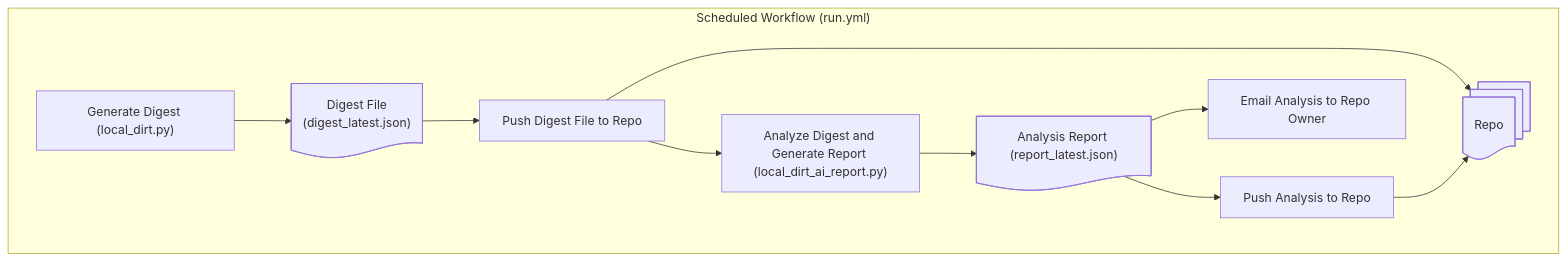
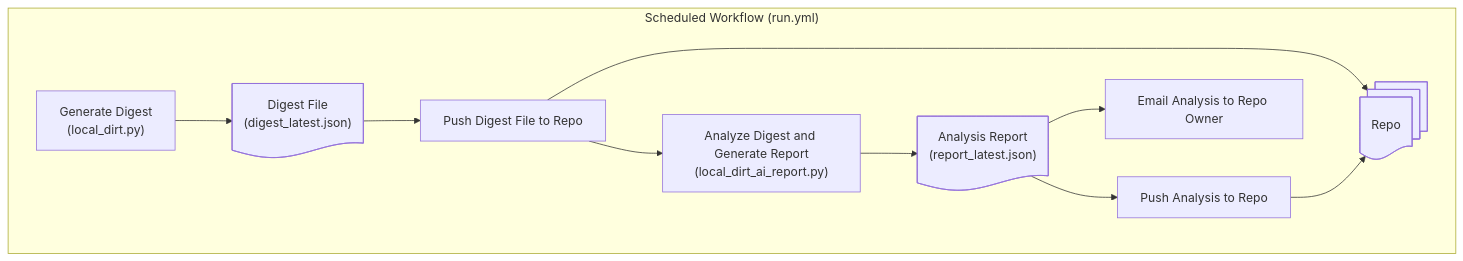
One commit to hoosierjay/local-dirt changed the diagram in README.md. Above: the diagram before and after it, drawn with Mermaid.

Commit message:
Update labels in process flow diagram

````diff
--- a/README.md
+++ b/README.md
@@ -30,21 +30,21 @@
 ```mermaid
 flowchart TD
   subgraph "Scheduled Workflow (run.yml)"
-    Step4.1@{ shape: rect, label: "Generate Digest (local_dirt.py)" }
+    Step4.1@{ shape: rect, label: "Generate Digest<br>(local_dirt.py)" }
     Step4.2@{ shape: doc, label: "Digest File<br>(digest_latest.json)" }
     Step5.1@{ shape: rect, label: "Push Digest File to Repo" }
-    Step6.1@{ shape: rect, label: "Analyze Digest and Generate Report (local_dirt_ai_report.py)" }
-    Step6.2@{ shape: doc, label: "Analysis Report (report_latest.json)" }
+    Step6.1@{ shape: rect, label: "Analyze Digest and Generate Report<br>(local_dirt_ai_report.py)" }
+    Step6.2@{ shape: doc, label: "Analysis Report<br>(report_latest.json)" }
     Step7.1@{ shape: rect, label: "Push Analysis to Repo" }
     Step8.1@{ shape: rect, label: "Email Analysis to Repo Owner" }
     Step9.0@{ shape: docs, label: "Repo" }
   end
   Step4.1 --> Step4.2
   Step4.2 --> Step5.1
   Step5.1 --> Step6.1
   Step6.1 --> Step6.2
   Step6.2 --> Step7.1
   Step6.2 --> Step8.1
   Step5.1 --> Step9.0
   Step7.1 --> Step9.0
 ```
````
